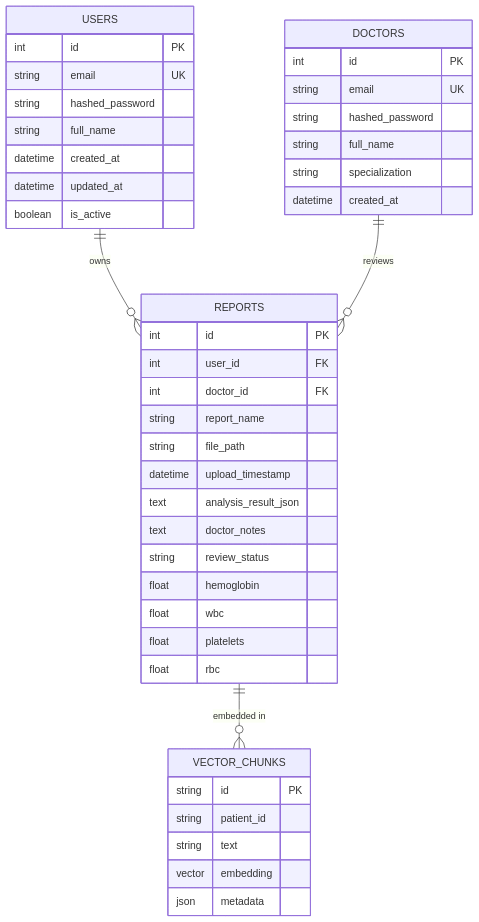
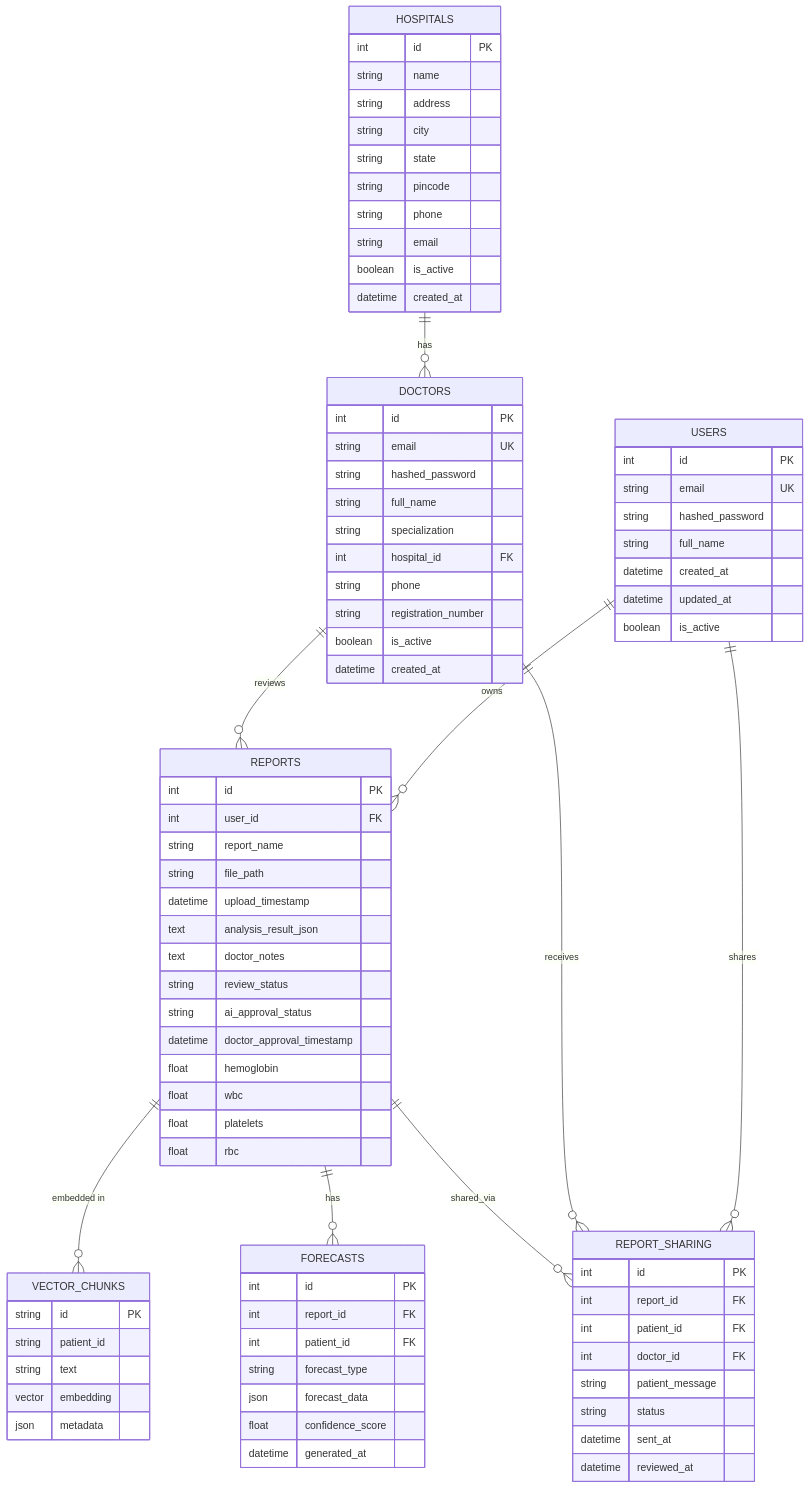
Before and after one commit to AnvinX1/Aivara: the sixth of 9 diagrams in README.md, drawn with Mermaid. The commit also changed other lines of this file and 50 other files, not shown here.

```diff
--- a/README.md
+++ b/README.md
@@ -724,29 +1005,73 @@
         boolean is_active
     }
     
+    HOSPITALS ||--o{ DOCTORS : has
     DOCTORS {
         int id PK
         string email UK
         string hashed_password
         string full_name
         string specialization
+        int hospital_id FK
+        string phone
+        string registration_number
+        boolean is_active
         datetime created_at
     }
     
+    HOSPITALS {
+        int id PK
+        string name
+        string address
+        string city
+        string state
+        string pincode
+        string phone
+        string email
+        boolean is_active
+        datetime created_at
+    }
+    
+    USERS ||--o{ REPORT_SHARING : shares
+    DOCTORS ||--o{ REPORT_SHARING : receives
+    REPORTS ||--o{ REPORT_SHARING : shared_via
     REPORTS {
         int id PK
         int user_id FK
-        int doctor_id FK
         string report_name
         string file_path
         datetime upload_timestamp
         text analysis_result_json
         text doctor_notes
         string review_status
+        string ai_approval_status
+        datetime doctor_approval_timestamp
         float hemoglobin
         float wbc
         float platelets
         float rbc
+    }
+    
+    REPORT_SHARING {
+        int id PK
+        int report_id FK
+        int patient_id FK
+        int doctor_id FK
+        string patient_message
+        string status
+        datetime sent_at
+        datetime reviewed_at
+    }
+    
+    REPORTS ||--o{ FORECASTS : has
+    FORECASTS {
+        int id PK
+        int report_id FK
+        int patient_id FK
+        string forecast_type
+        json forecast_data
+        float confidence_score
+        datetime generated_at
     }
     
     VECTOR_CHUNKS {
```
